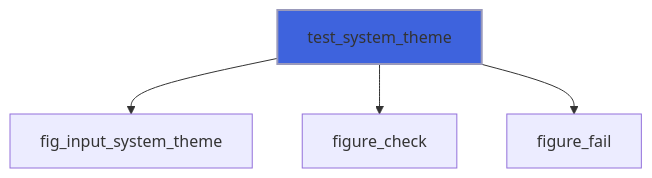
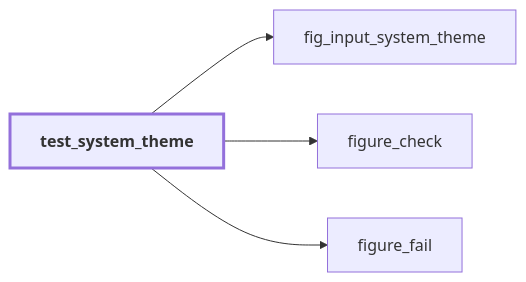
Before and after one commit to szaghi/figure: the fifth of 57 diagrams in docs/api/src/lib/figure_testing.md, drawn with Mermaid. The commit also changed other lines of this file and 54 other files, not shown here.

````diff
--- a/docs/api/src/lib/figure_testing.md
+++ b/docs/api/src/lib/figure_testing.md
@@ -178,7 +234,11 @@
 ```mermaid
-flowchart TD
+flowchart LR
   test_system_theme["test_system_theme"] --> fig_input_system_theme["fig_input_system_theme"]
   test_system_theme["test_system_theme"] --> figure_check["figure_check"]
   test_system_theme["test_system_theme"] --> figure_fail["figure_fail"]
-  style test_system_theme fill:#3e63dd,stroke:#99b,stroke-width:2px
+  classDef focus stroke-width:3px,font-weight:bold
+  class test_system_theme focus
+  click figure_check href "figure_base.html#figure-check" "figure_check"
+  click fig_input_system_theme href "figure_c_native.html#fig-input-system-theme" "fig_input_system_theme"
+  click figure_fail href "figure_base.html#figure-fail" "figure_fail"
 ```
````
